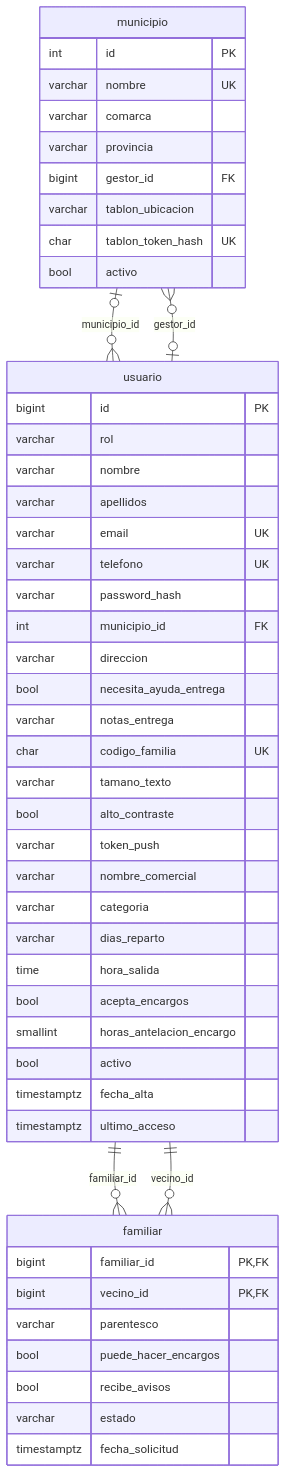
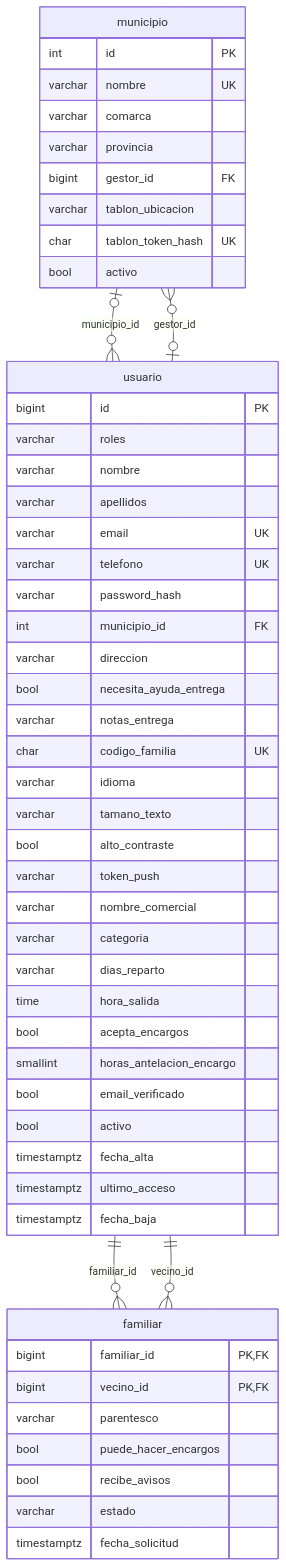
The second of 5 diagrams in docs/base-de-datos/diagramas.md (JavierSanzdelCerro/TFG_CLAXON), drawn with Mermaid before and after one commit. The commit also changed other lines of this file and 15 other files, not shown here.

First line of the commit message:
Usuarios con varios roles, idioma, email verificado y fecha de baja

````diff
--- a/docs/base-de-datos/diagramas.md
+++ b/docs/base-de-datos/diagramas.md
@@ -41,52 +41,55 @@
 ```mermaid
 erDiagram
     municipio {
         int id PK
         varchar nombre UK
         varchar comarca
         varchar provincia
         bigint gestor_id FK
         varchar tablon_ubicacion
         char tablon_token_hash UK
         bool activo
     }
     usuario {
         bigint id PK
-        varchar rol
+        varchar roles
         varchar nombre
         varchar apellidos
         varchar email UK
         varchar telefono UK
         varchar password_hash
         int municipio_id FK
         varchar direccion
         bool necesita_ayuda_entrega
         varchar notas_entrega
         char codigo_familia UK
+        varchar idioma
         varchar tamano_texto
         bool alto_contraste
         varchar token_push
         varchar nombre_comercial
         varchar categoria
         varchar dias_reparto
         time hora_salida
         bool acepta_encargos
         smallint horas_antelacion_encargo
+        bool email_verificado
         bool activo
         timestamptz fecha_alta
         timestamptz ultimo_acceso
+        timestamptz fecha_baja
     }
     familiar {
         bigint familiar_id PK,FK
         bigint vecino_id PK,FK
         varchar parentesco
         bool puede_hacer_encargos
         bool recibe_avisos
         varchar estado
         timestamptz fecha_solicitud
     }
     usuario ||--o{ familiar : "familiar_id"
     usuario ||--o{ familiar : "vecino_id"
     usuario |o--o{ municipio : "gestor_id"
     municipio |o--o{ usuario : "municipio_id"
 ```
````
